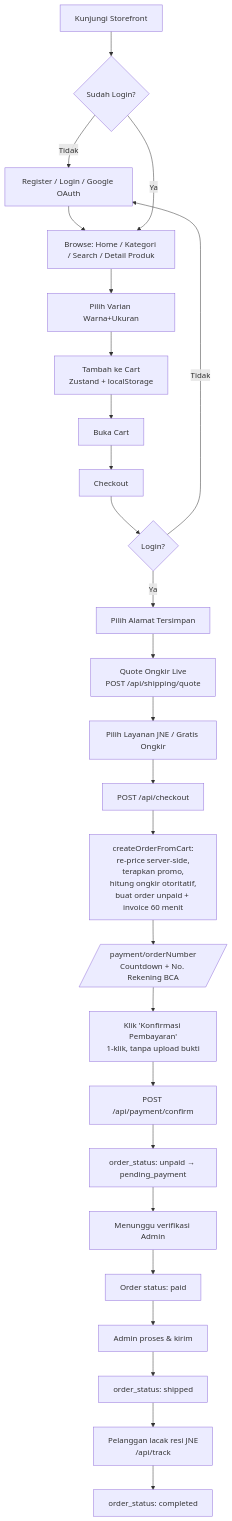
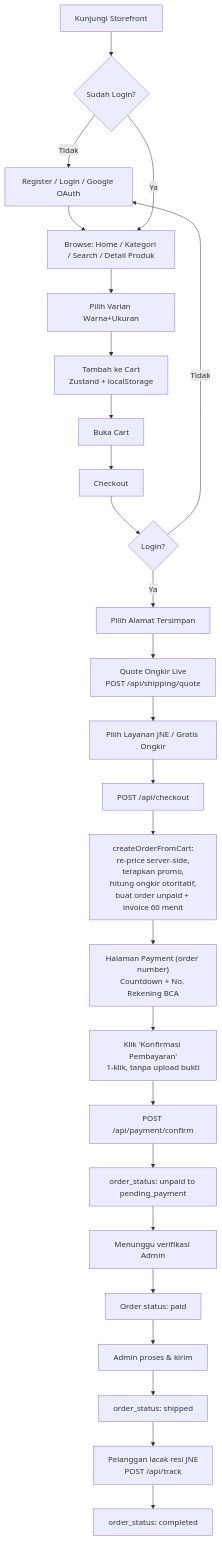
Before and after one commit to EzraNahumury/onlineshop: the first of 5 diagrams in fe_onlineshop/README.md, drawn with Mermaid. The commit also changed other lines of this file, not shown here.

First line of the commit message:
fix(docs): perbaiki syntax mermaid di README yang gagal render di GitHub

````diff
--- a/fe_onlineshop/README.md
+++ b/fe_onlineshop/README.md
@@ -387,28 +387,28 @@
 ```mermaid
 flowchart TD
-    A[Kunjungi Storefront] --> B{Sudah Login?}
-    B -- Tidak --> C[Register / Login / Google OAuth]
+    A["Kunjungi Storefront"] --> B{"Sudah Login?"}
+    B -- Tidak --> C["Register / Login / Google OAuth"]
     C --> D
-    B -- Ya --> D[Browse: Home / Kategori / Search / Detail Produk]
-    D --> E[Pilih Varian Warna+Ukuran]
-    E --> F[Tambah ke Cart<br/>Zustand + localStorage]
-    F --> G[Buka Cart]
-    G --> H[Checkout]
-    H --> I{Login?}
+    B -- Ya --> D["Browse: Home / Kategori / Search / Detail Produk"]
+    D --> E["Pilih Varian Warna+Ukuran"]
+    E --> F["Tambah ke Cart<br/>Zustand + localStorage"]
+    F --> G["Buka Cart"]
+    G --> H["Checkout"]
+    H --> I{"Login?"}
     I -- Tidak --> C
-    I -- Ya --> J[Pilih Alamat Tersimpan]
-    J --> K[Quote Ongkir Live<br/>POST /api/shipping/quote]
-    K --> L[Pilih Layanan JNE / Gratis Ongkir]
-    L --> M[POST /api/checkout]
-    M --> N[createOrderFromCart:<br/>re-price server-side,<br/>terapkan promo,<br/>hitung ongkir otoritatif,<br/>buat order unpaid + invoice 60 menit]
-    N --> O[/payment/orderNumber<br/>Countdown + No. Rekening BCA/]
-    O --> P[Klik 'Konfirmasi Pembayaran'<br/>1-klik, tanpa upload bukti]
-    P --> Q[POST /api/payment/confirm]
-    Q --> R[order_status: unpaid → pending_payment]
-    R --> S[Menunggu verifikasi Admin]
-    S --> T[Order status: paid]
-    T --> U[Admin proses & kirim]
-    U --> V[order_status: shipped]
-    V --> W[Pelanggan lacak resi JNE<br/>/api/track]
-    W --> X[order_status: completed]
+    I -- Ya --> J["Pilih Alamat Tersimpan"]
+    J --> K["Quote Ongkir Live<br/>POST /api/shipping/quote"]
+    K --> L["Pilih Layanan JNE / Gratis Ongkir"]
+    L --> M["POST /api/checkout"]
+    M --> N["createOrderFromCart:<br/>re-price server-side,<br/>terapkan promo,<br/>hitung ongkir otoritatif,<br/>buat order unpaid + invoice 60 menit"]
+    N --> O["Halaman Payment (order number)<br/>Countdown + No. Rekening BCA"]
+    O --> P["Klik 'Konfirmasi Pembayaran'<br/>1-klik, tanpa upload bukti"]
+    P --> Q["POST /api/payment/confirm"]
+    Q --> R["order_status: unpaid to pending_payment"]
+    R --> S["Menunggu verifikasi Admin"]
+    S --> T["Order status: paid"]
+    T --> U["Admin proses & kirim"]
+    U --> V["order_status: shipped"]
+    V --> W["Pelanggan lacak resi JNE<br/>POST /api/track"]
+    W --> X["order_status: completed"]
 ```
````
